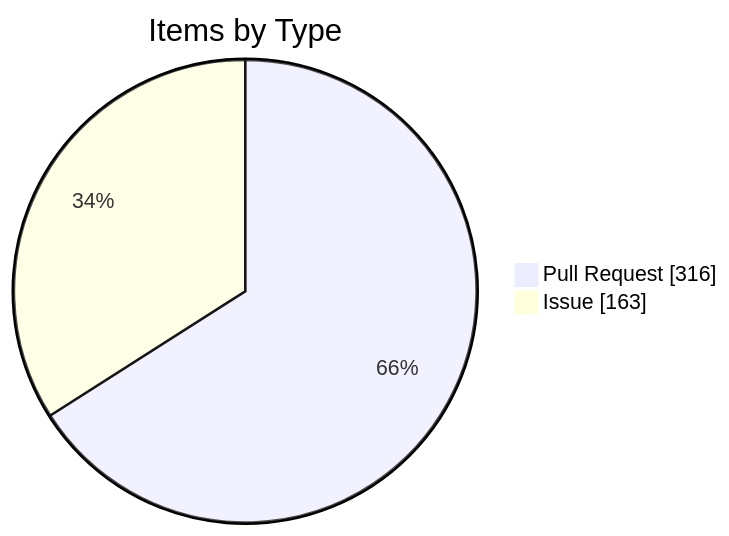
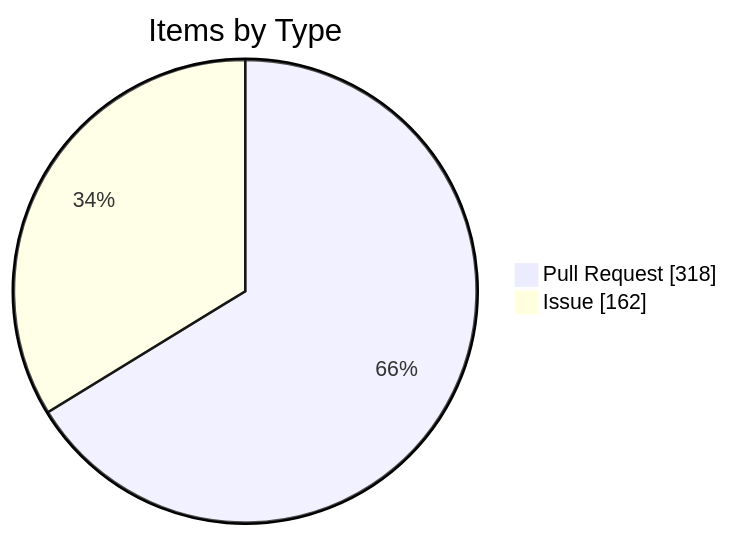
The fourth of 4 diagrams in apps/kbve/astro-kbve/src/content/docs/dashboard/kanban-data.mdx (KBVE/kbve), drawn with Mermaid before and after one commit. The commit also changed other lines of this file and 7 other files, not shown here.

````diff
--- a/apps/kbve/astro-kbve/src/content/docs/dashboard/kanban-data.mdx
+++ b/apps/kbve/astro-kbve/src/content/docs/dashboard/kanban-data.mdx
@@ -116,6 +116,6 @@
 ```mermaid
 pie showData
     title Items by Type
-    "Pull Request" : 316
-    "Issue" : 163
+    "Pull Request" : 318
+    "Issue" : 162
 ```
````
